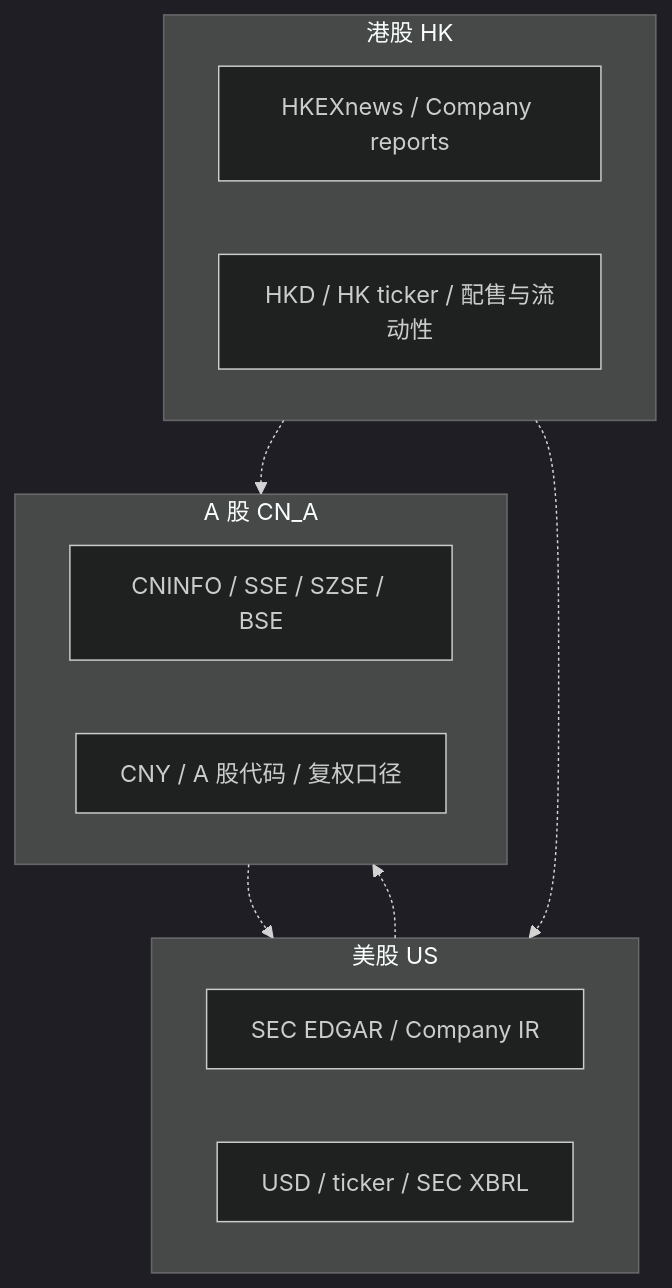
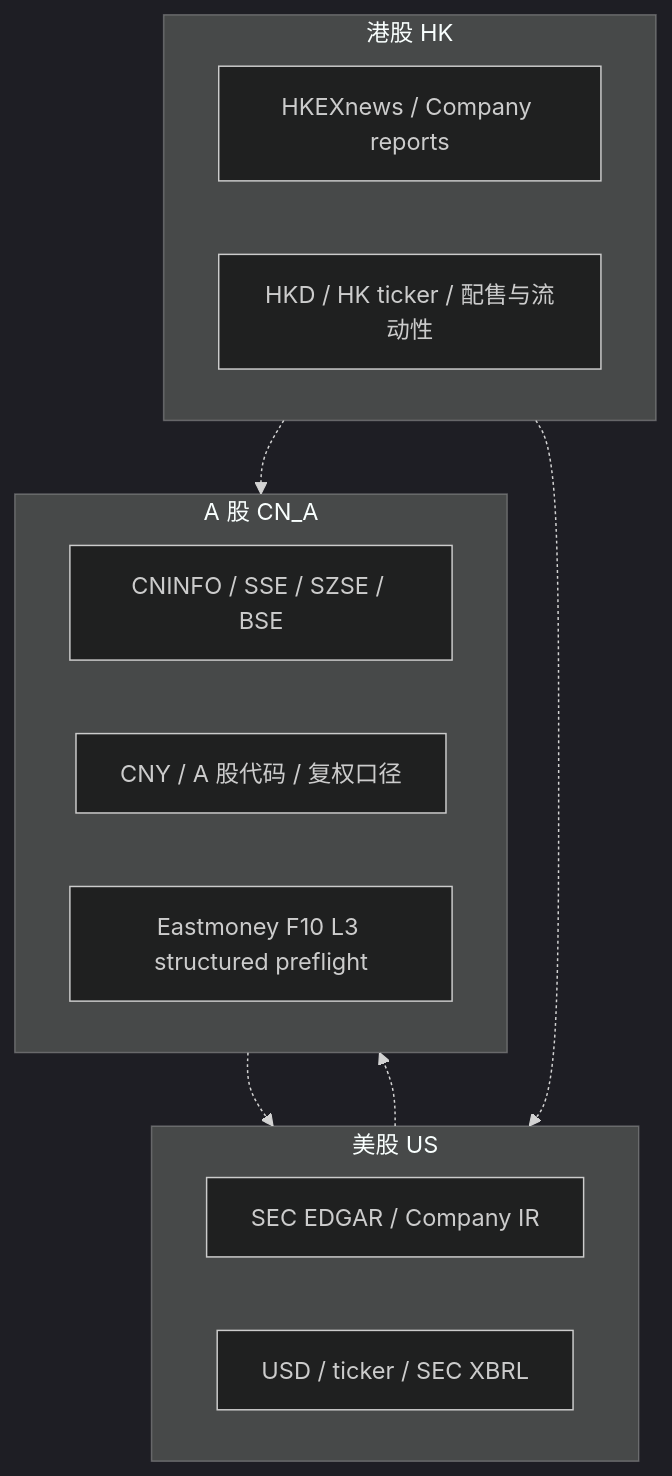
The second of 4 diagrams in README.md (lucisxu6-cpu/serenity-chan), drawn with Mermaid (dark theme) before and after one commit. The commit also changed other lines of this file and 19 other files, not shown here.

````diff
--- a/README.md
+++ b/README.md
@@ -80,19 +79,20 @@
 ```mermaid
 flowchart TB
   subgraph CN["A 股 CN_A"]
     CN1["CNINFO / SSE / SZSE / BSE"]
     CN2["CNY / A 股代码 / 复权口径"]
+    CN3["Eastmoney F10 L3 structured preflight"]
   end
   subgraph US["美股 US"]
     US1["SEC EDGAR / Company IR"]
     US2["USD / ticker / SEC XBRL"]
   end
   subgraph HK["港股 HK"]
     HK1["HKEXnews / Company reports"]
     HK2["HKD / HK ticker / 配售与流动性"]
   end
   CN -.-> US
   US -.-> CN
   HK -.-> CN
   HK -.-> US
 ```
````
